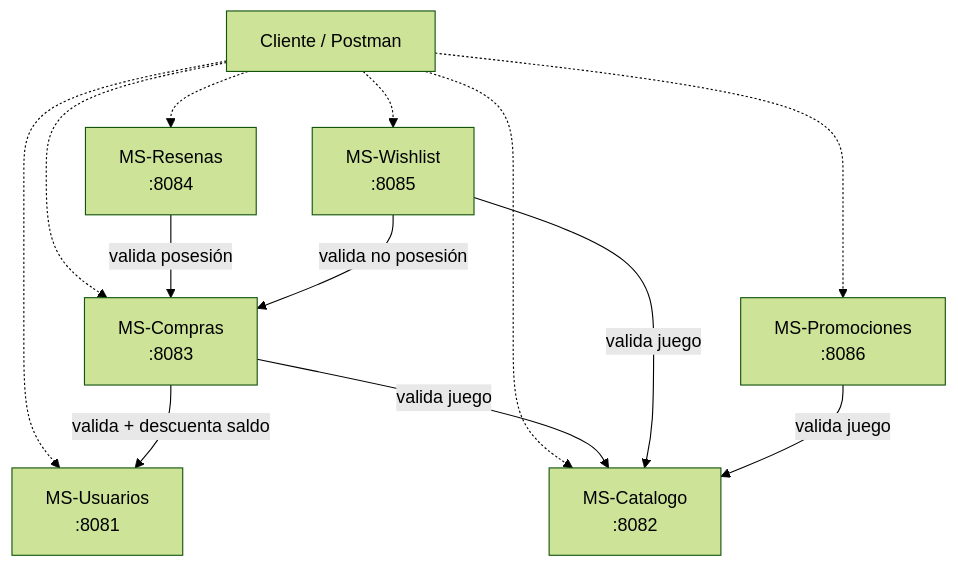
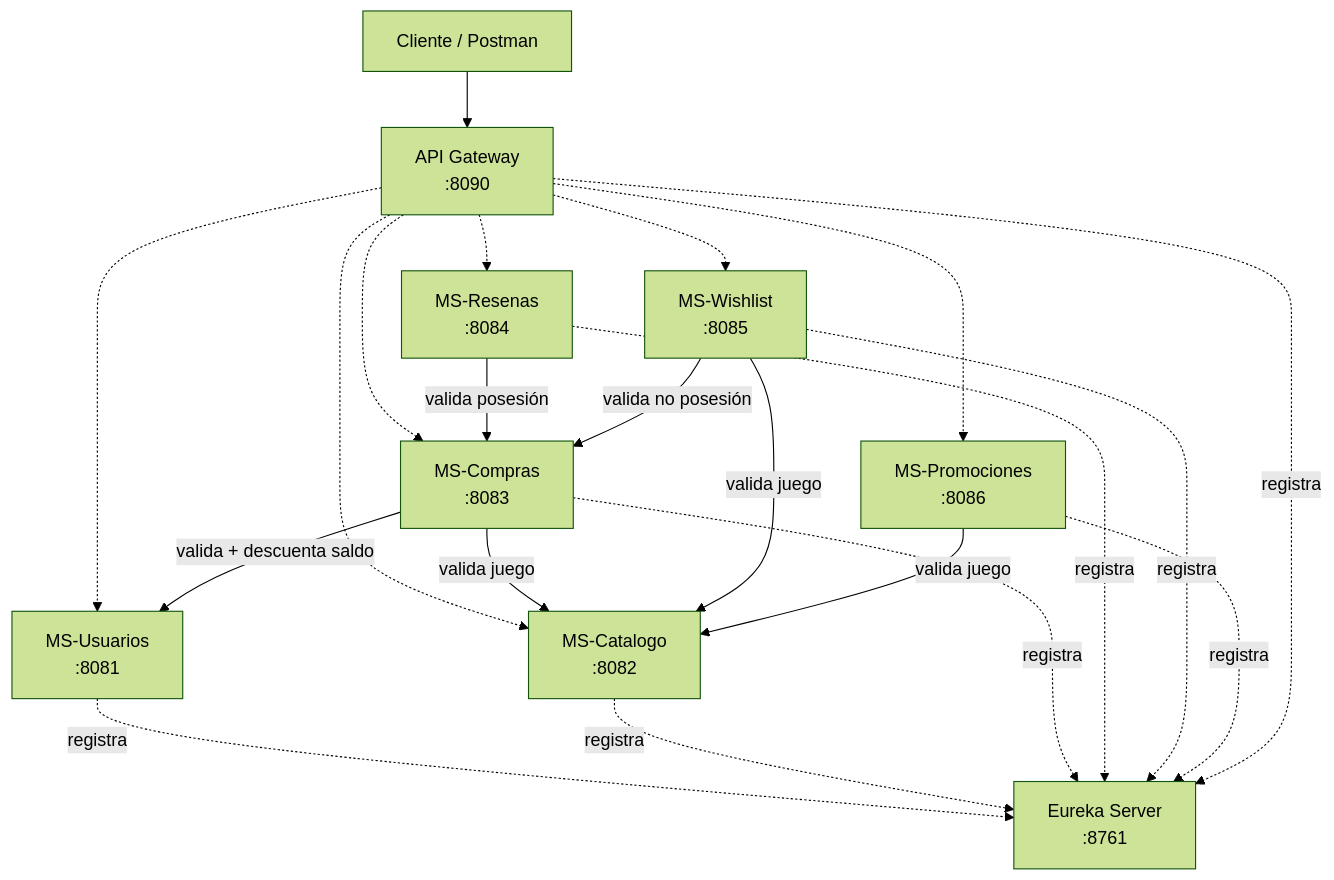
The diagram in README.md (eln4ch0-0/PoweredBy), drawn with Mermaid (forest theme) before and after one commit. The commit also changed other lines of this file, not shown here.

````diff
--- a/README.md
+++ b/README.md
@@ -77,25 +95,37 @@
 ```mermaid
 flowchart TB
     Cliente[Cliente / Postman]
+    Gateway[API Gateway<br/>:8090]
+    Eureka[Eureka Server<br/>:8761]
 
     Usuarios[MS-Usuarios<br/>:8081]
     Catalogo[MS-Catalogo<br/>:8082]
     Compras[MS-Compras<br/>:8083]
     Resenas[MS-Resenas<br/>:8084]
     Wishlist[MS-Wishlist<br/>:8085]
     Promociones[MS-Promociones<br/>:8086]
+    
+    Cliente --> Gateway
 
-    Cliente -.-> Usuarios
-    Cliente -.-> Catalogo
-    Cliente -.-> Compras
-    Cliente -.-> Resenas
-    Cliente -.-> Wishlist
-    Cliente -.-> Promociones
+    Gateway -.-> Usuarios
+    Gateway -.-> Catalogo
+    Gateway -.-> Compras
+    Gateway -.-> Resenas
+    Gateway -.-> Wishlist
+    Gateway -.-> Promociones
+    
+    Usuarios -.registra.-> Eureka
+    Catalogo -.registra.-> Eureka
+    Compras -.registra.-> Eureka
+    Resenas -.registra.-> Eureka
+    Wishlist -.registra.-> Eureka
+    Promociones -.registra.-> Eureka
+    Gateway -.registra.-> Eureka
 
     Compras -->|valida + descuenta saldo| Usuarios
     Compras -->|valida juego| Catalogo
     Resenas -->|valida posesión| Compras
     Wishlist -->|valida juego| Catalogo
     Wishlist -->|valida no posesión| Compras
     Promociones -->|valida juego| Catalogo
 ```
````
